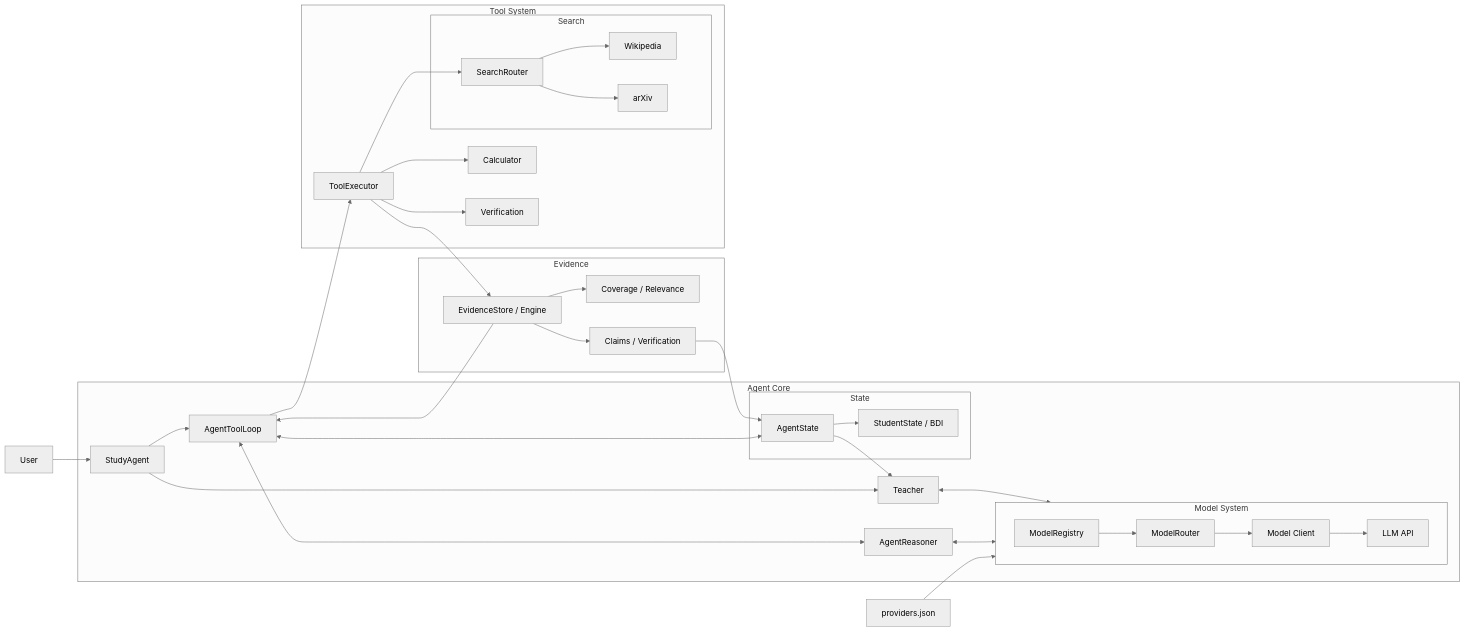
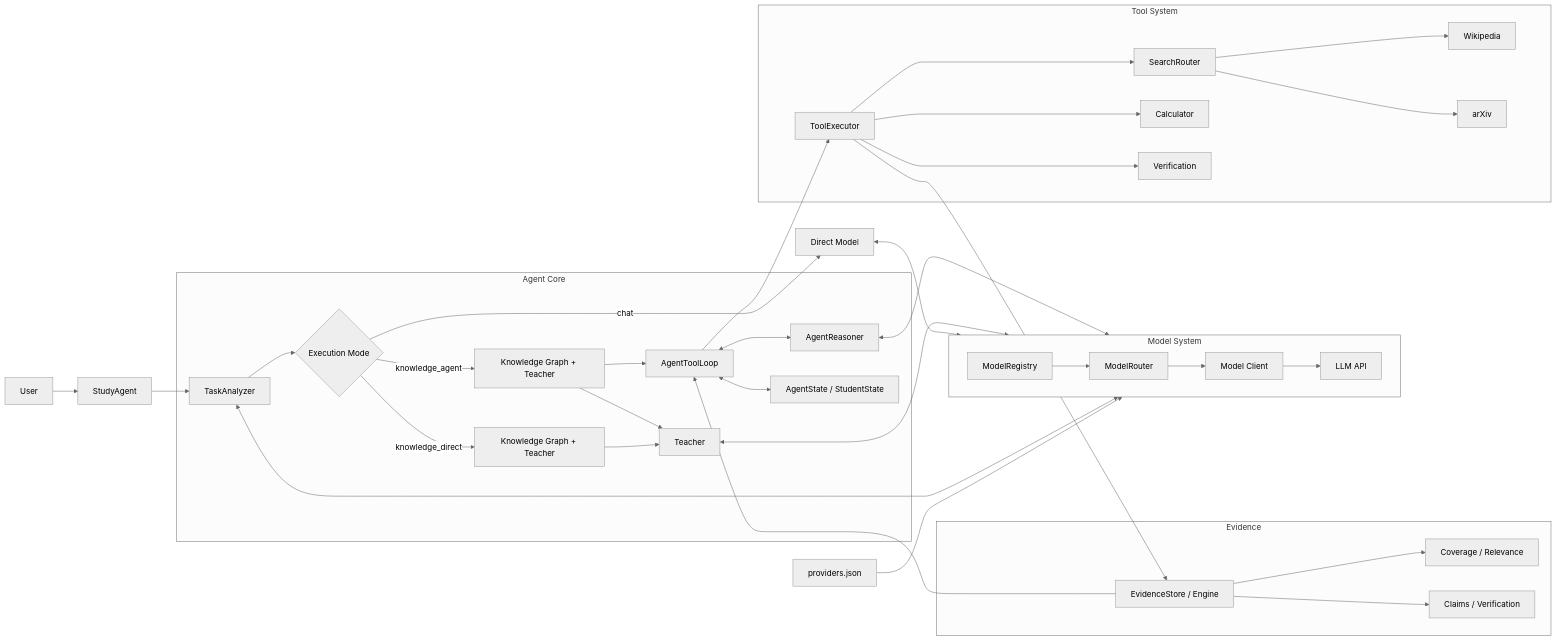
The first of 3 diagrams in README.md (Erdoschn/Study-agent), drawn with Mermaid (neutral theme) before and after one commit. The commit also changed other lines of this file, not shown here.

Commit message:
docs: document adaptive execution architecture and experiments

````diff
--- a/README.md
+++ b/README.md
@@ -7,59 +7,58 @@
 ```mermaid
 flowchart LR
 
-    USER["User"] --> SA["StudyAgent"] --> LOOP["AgentToolLoop"]
+    USER["User"] --> SA["StudyAgent"]
+    SA --> TA["TaskAnalyzer"]
+    TA --> ROUTE{"Execution Mode"}
+    ROUTE -->|chat| CHAT["Direct Model"]
+    ROUTE -->|knowledge_direct| KD["Knowledge Graph + Teacher"]
+    ROUTE -->|knowledge_agent| KG["Knowledge Graph + Teacher"]
+    KG --> LOOP["AgentToolLoop"]
 
     subgraph CORE["Agent Core"]
+        TA
+        ROUTE
         LOOP <--> REASONER["AgentReasoner"]
+        AS["AgentState / StudentState"]
+        LOOP <--> AS
         TEACHER["Teacher"]
+        KD --> TEACHER
+        KG --> TEACHER
+    end
 
-        subgraph STATE["State"]
-            AS["AgentState"]
-            STUDENT["StudentState / BDI"]
-            AS --> STUDENT
-        end
-
-        subgraph MODEL["Model System"]
-            direction LR
-            REGISTRY["ModelRegistry"] --> ROUTER["ModelRouter"] --> CLIENT["Model Client"] --> LLM["LLM API"]
-        end
-
-        LOOP <--> AS
-        SA --> TEACHER
-        AS --> TEACHER
+    subgraph MODEL["Model System"]
+        direction LR
+        REGISTRY["ModelRegistry"] --> ROUTER["ModelRouter"] --> CLIENT["Model Client"] --> LLM["LLM API"]
     end
 
     subgraph EVIDENCE["Evidence"]
         EVI["EvidenceStore / Engine"]
         COVERAGE["Coverage / Relevance"]
         CLAIM["Claims / Verification"]
-
         EVI --> COVERAGE
         EVI --> CLAIM
     end
 
     subgraph TOOLS["Tool System"]
         EXECUTOR["ToolExecutor"]
-
-        subgraph SEARCH["Search"]
-            SEARCH_ROUTER["SearchRouter"] --> WIKI["Wikipedia"]
-            SEARCH_ROUTER --> ARXIV["arXiv"]
-        end
-
+        SEARCH["SearchRouter"]
+        WIKI["Wikipedia"]
+        ARXIV["arXiv"]
         CALC["Calculator"]
         VERIFY["Verification"]
-
-        EXECUTOR --> SEARCH_ROUTER
+        EXECUTOR --> SEARCH
+        SEARCH --> WIKI
+        SEARCH --> ARXIV
         EXECUTOR --> CALC
         EXECUTOR --> VERIFY
     end
 
     CONFIG["providers.json"] --> MODEL
-
+    TA <--> MODEL
+    CHAT <--> MODEL
+    TEACHER <--> MODEL
     REASONER <--> MODEL
-    TEACHER <--> MODEL
     LOOP --> EXECUTOR
     EXECUTOR --> EVI
     EVI --> LOOP
-    CLAIM --> AS
 ```
````
